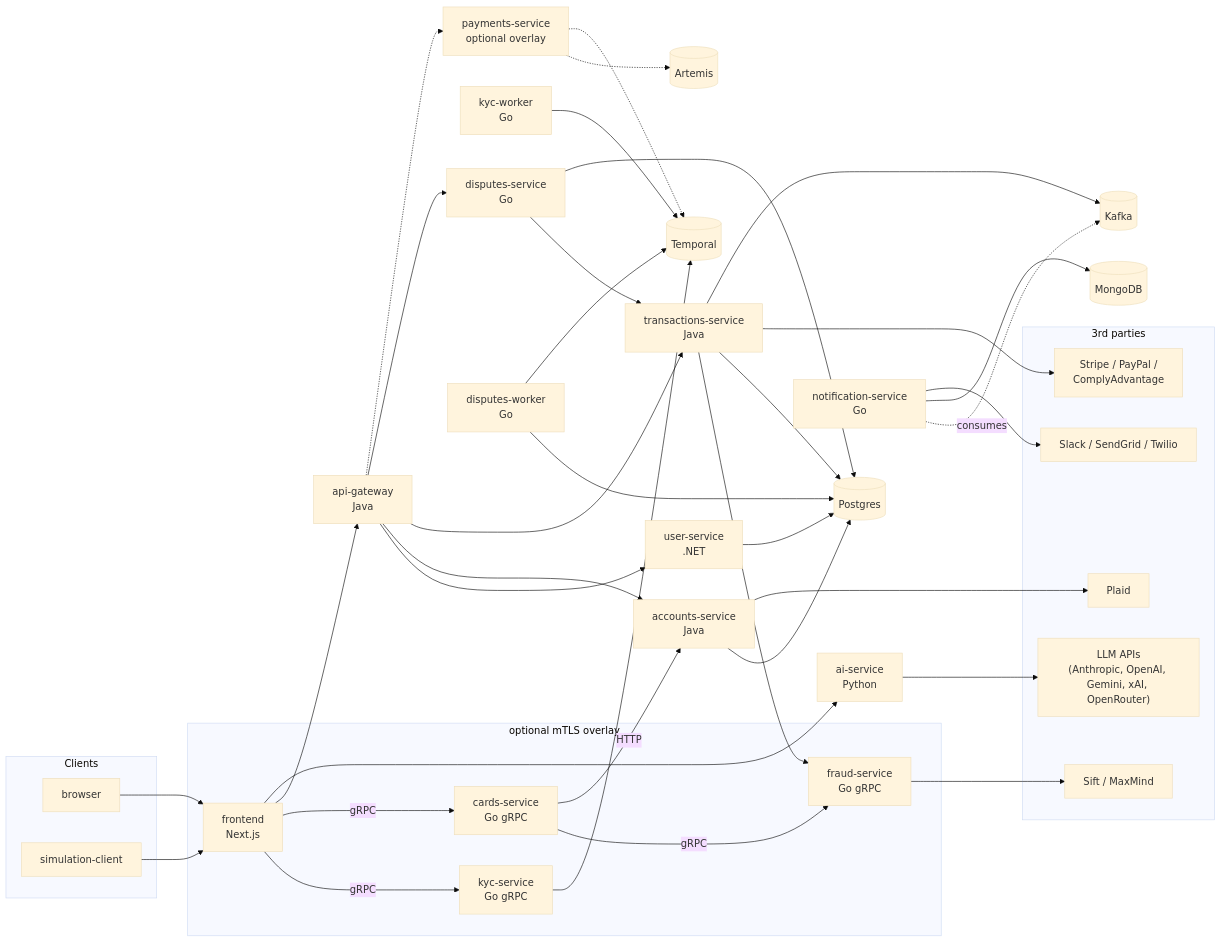
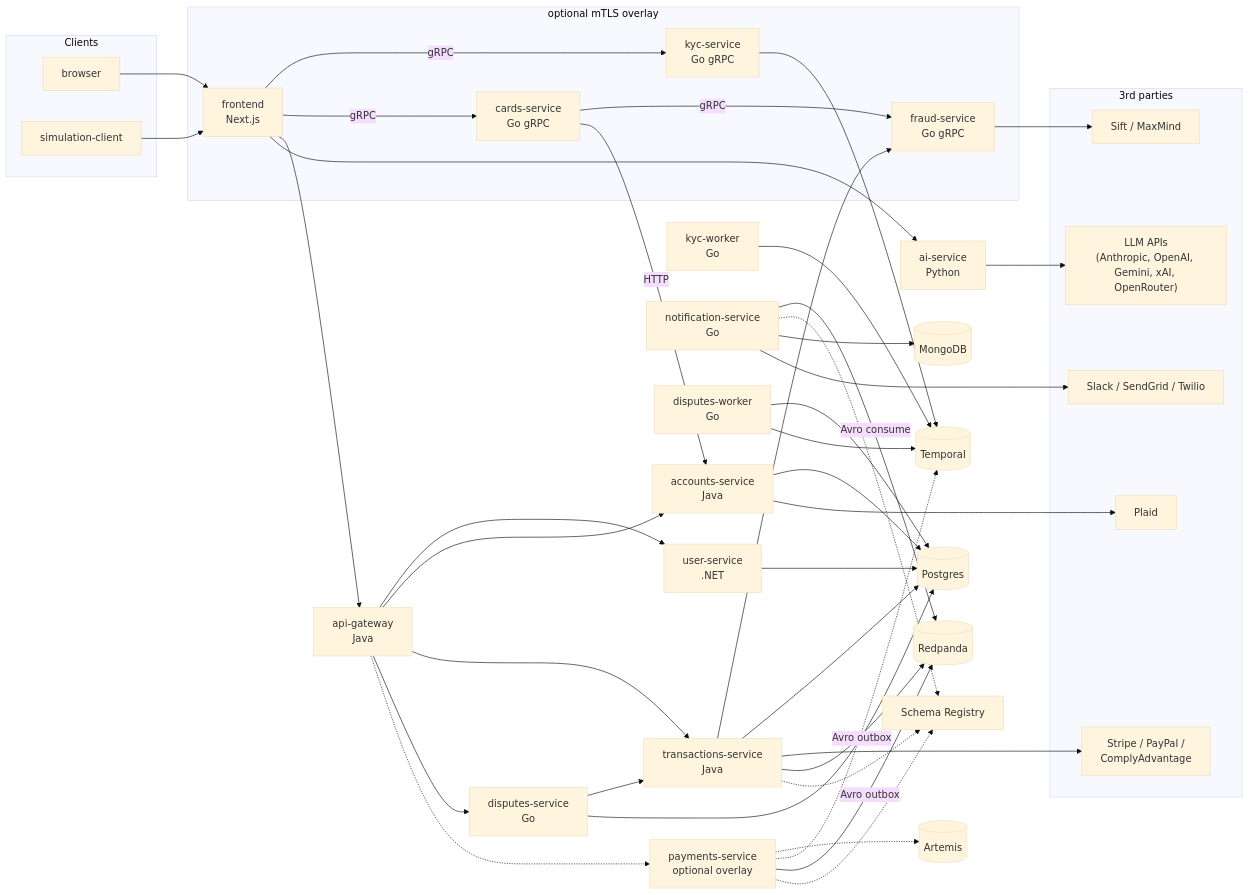
The first of 2 diagrams in README.md (dipjyotimetia/distributed-systems), drawn with Mermaid (base theme) before and after one commit. The commit also changed other lines of this file and 8 other files, not shown here.

````diff
--- a/README.md
+++ b/README.md
@@ -80,7 +80,8 @@
 
   postgres[(Postgres)]
   mongo[(MongoDB)]
-  kafka[(Kafka)]
+  kafka[(Redpanda)]
+  sr[Schema Registry]
 
   subgraph thirdparty["3rd parties"]
     llm["LLM APIs<br/>(Anthropic, OpenAI, Gemini, xAI, OpenRouter)"]
@@ -117,6 +118,8 @@
   gateway -.-> outboundPayments[payments-service<br/>optional overlay]
   outboundPayments -.-> artemis[(Artemis)]
   outboundPayments -.-> temporal
+  outboundPayments -->|Avro outbox| kafka
+  outboundPayments -.-> sr
   worker --> postgres
   worker --> temporal
 
@@ -127,13 +130,15 @@
 
   transactions --> fraud
   transactions --> payments
-  transactions --> kafka
+  transactions -->|Avro outbox| kafka
+  transactions -.-> sr
 
   fraud --> risk
 
   ai --> llm
 
-  notif -.consumes.-> kafka
+  notif -->|Avro consume| kafka
+  notif -.-> sr
   notif --> mongo
   notif --> messaging
 ```
````
